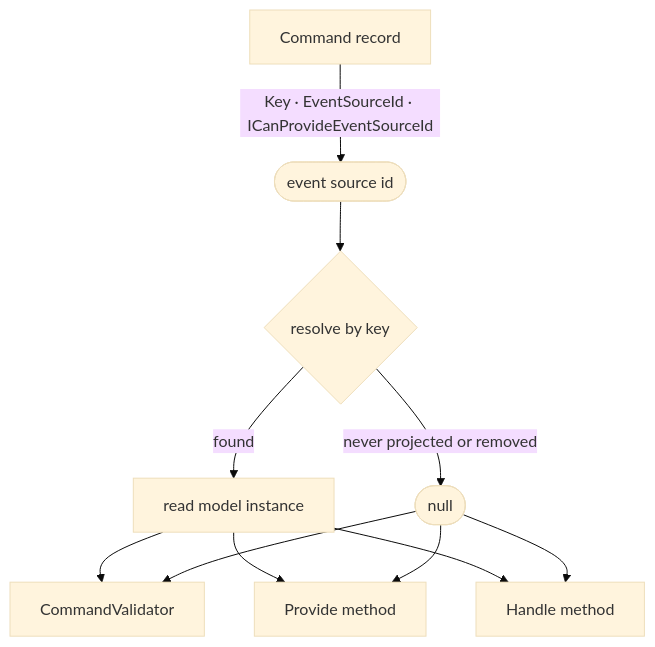
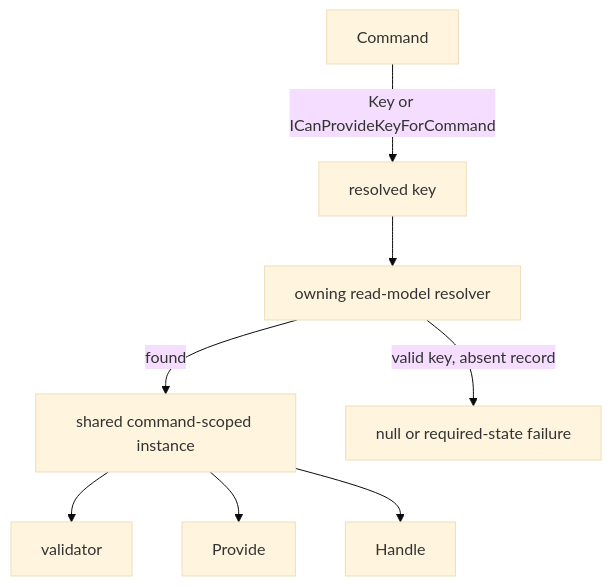
The diagram in Documentation/scenarios/use-current-state-in-a-command.md (Cratis/Arc), drawn with Mermaid (base theme) before and after one commit. The commit also changed other lines of this file and 272 other files, not shown here.

````diff
--- a/Documentation/scenarios/use-current-state-in-a-command.md
+++ b/Documentation/scenarios/use-current-state-in-a-command.md
@@ -30,13 +14,10 @@
 ```mermaid
 flowchart TB
-    CMD["Command record"] -->|"Key · EventSourceId · ICanProvideEventSourceId"| ID(["event source id"])
-    ID --> RES{"resolve by key"}
-    RES -->|"found"| RM["read model instance"]
-    RES -->|"never projected or removed"| NULL(["null"])
-    RM --> V["CommandValidator"]
-    RM --> P["Provide method"]
-    RM --> H["Handle method"]
-    NULL --> V
-    NULL --> P
-    NULL --> H
+    CMD[Command] -->|Key or ICanProvideKeyForCommand| ID[resolved key]
+    ID --> Provider[owning read-model resolver]
+    Provider -->|found| RM[shared command-scoped instance]
+    Provider -->|valid key, absent record| Missing[null or required-state failure]
+    RM --> V[validator]
+    RM --> P[Provide]
+    RM --> H[Handle]
 ```
````
